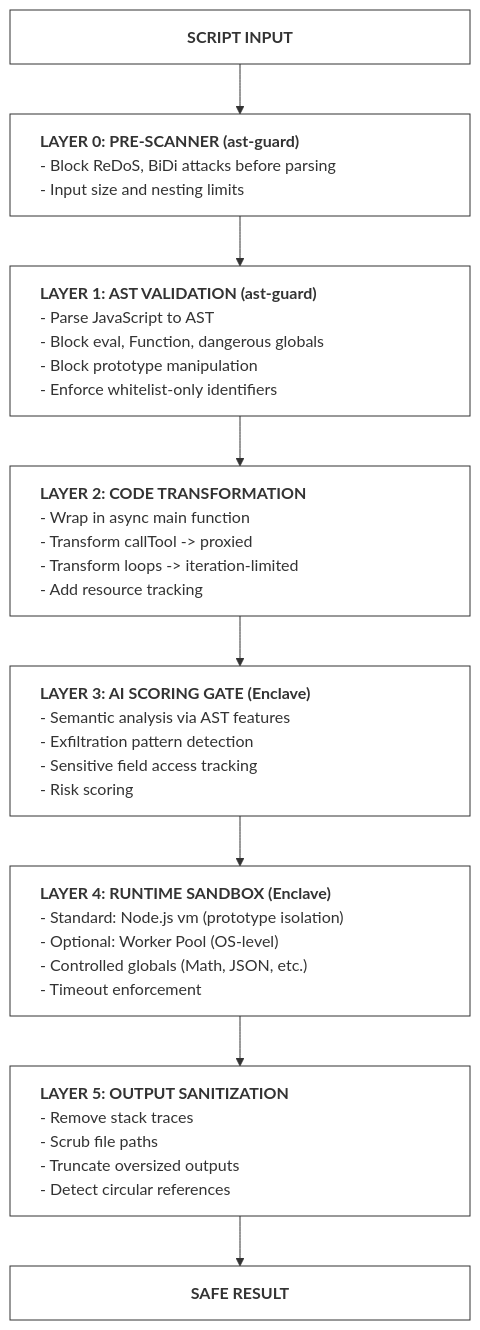
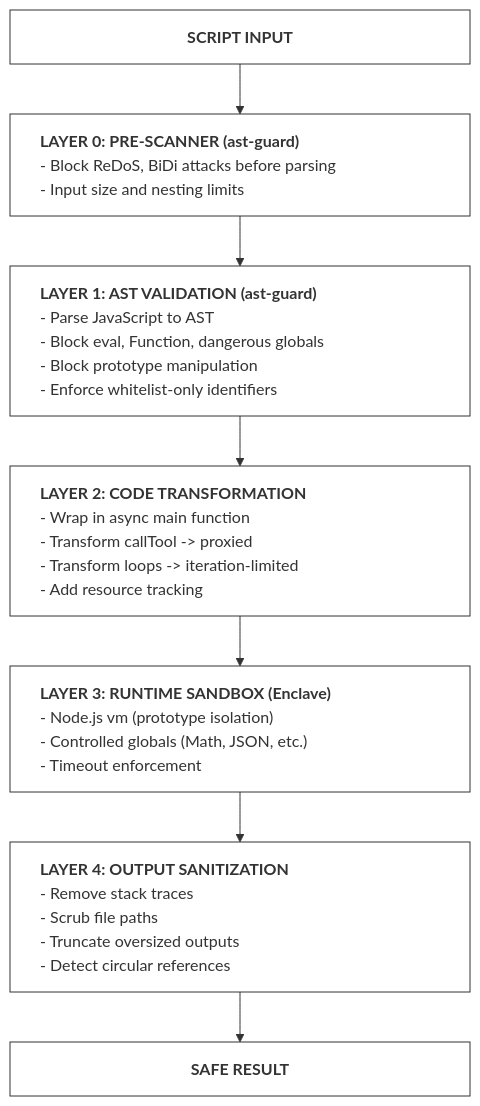
One commit to agentfront/frontmcp changed the diagram in docs/frontmcp/plugins/codecall/security.mdx. Above: the diagram before and after it, drawn with Mermaid. The commit also changed other lines of this file and 184 other files, not shown here.

````diff
--- a/docs/frontmcp/plugins/codecall/security.mdx
+++ b/docs/frontmcp/plugins/codecall/security.mdx
@@ -34,30 +41,28 @@
 ```mermaid
 graph TD
     %% Define simple styling for the box border and background
     classDef terminal fill:#fff,stroke:#333,stroke-width:1px,rx:0,ry:0,text-align:left;
 
     %% Nodes with explicit HTML width wrappers
     %% We use a div with min-width to FORCE the box to be wide
 
     Input["<div style='min-width:400px; text-align:center; font-weight:bold;'>SCRIPT INPUT</div>"]
 
     L0["<div style='min-width:400px'><b>LAYER 0: PRE-SCANNER (ast-guard)</b><br/>- Block ReDoS, BiDi attacks before parsing<br/>- Input size and nesting limits</div>"]
 
     L1["<div style='min-width:400px'><b>LAYER 1: AST VALIDATION (ast-guard)</b><br/>- Parse JavaScript to AST<br/>- Block eval, Function, dangerous globals<br/>- Block prototype manipulation<br/>- Enforce whitelist-only identifiers</div>"]
 
     L2["<div style='min-width:400px'><b>LAYER 2: CODE TRANSFORMATION</b><br/>- Wrap in async main function<br/>- Transform callTool -> proxied<br/>- Transform loops -> iteration-limited<br/>- Add resource tracking</div>"]
 
-    L3["<div style='min-width:400px'><b>LAYER 3: AI SCORING GATE (Enclave)</b><br/>- Semantic analysis via AST features<br/>- Exfiltration pattern detection<br/>- Sensitive field access tracking<br/>- Risk scoring</div>"]
+    L3["<div style='min-width:400px'><b>LAYER 3: RUNTIME SANDBOX (Enclave)</b><br/>- Node.js vm (prototype isolation)<br/>- Controlled globals (Math, JSON, etc.)<br/>- Timeout enforcement</div>"]
 
-    L4["<div style='min-width:400px'><b>LAYER 4: RUNTIME SANDBOX (Enclave)</b><br/>- Standard: Node.js vm (prototype isolation)<br/>- Optional: Worker Pool (OS-level)<br/>- Controlled globals (Math, JSON, etc.)<br/>- Timeout enforcement</div>"]
-
-    L5["<div style='min-width:400px'><b>LAYER 5: OUTPUT SANITIZATION</b><br/>- Remove stack traces<br/>- Scrub file paths<br/>- Truncate oversized outputs<br/>- Detect circular references</div>"]
+    L4["<div style='min-width:400px'><b>LAYER 4: OUTPUT SANITIZATION</b><br/>- Remove stack traces<br/>- Scrub file paths<br/>- Truncate oversized outputs<br/>- Detect circular references</div>"]
 
     Result["<div style='min-width:400px; text-align:center; font-weight:bold;'>SAFE RESULT</div>"]
 
     %% Connections
-    Input --> L0 --> L1 --> L2 --> L3 --> L4 --> L5 --> Result
+    Input --> L0 --> L1 --> L2 --> L3 --> L4 --> Result
 
     %% Apply Styles
-    class Input,L0,L1,L2,L3,L4,L5,Result terminal;
+    class Input,L0,L1,L2,L3,L4,Result terminal;
 ```
````
